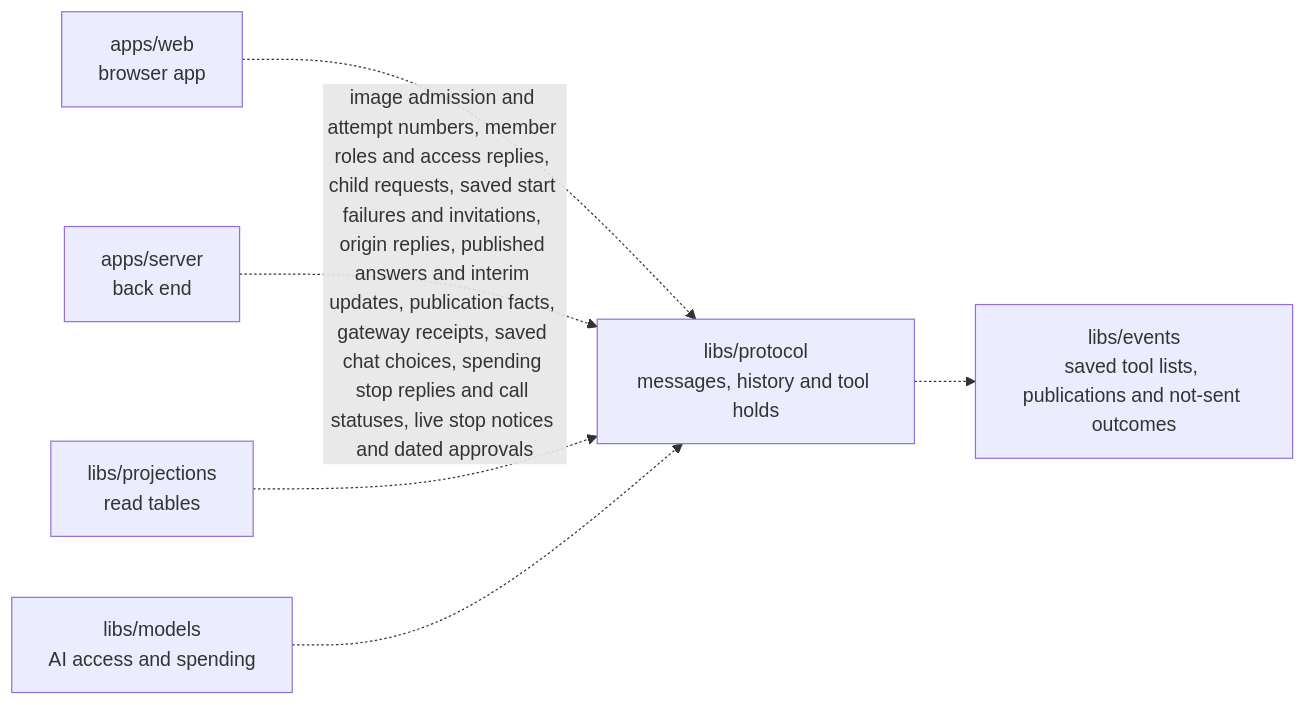
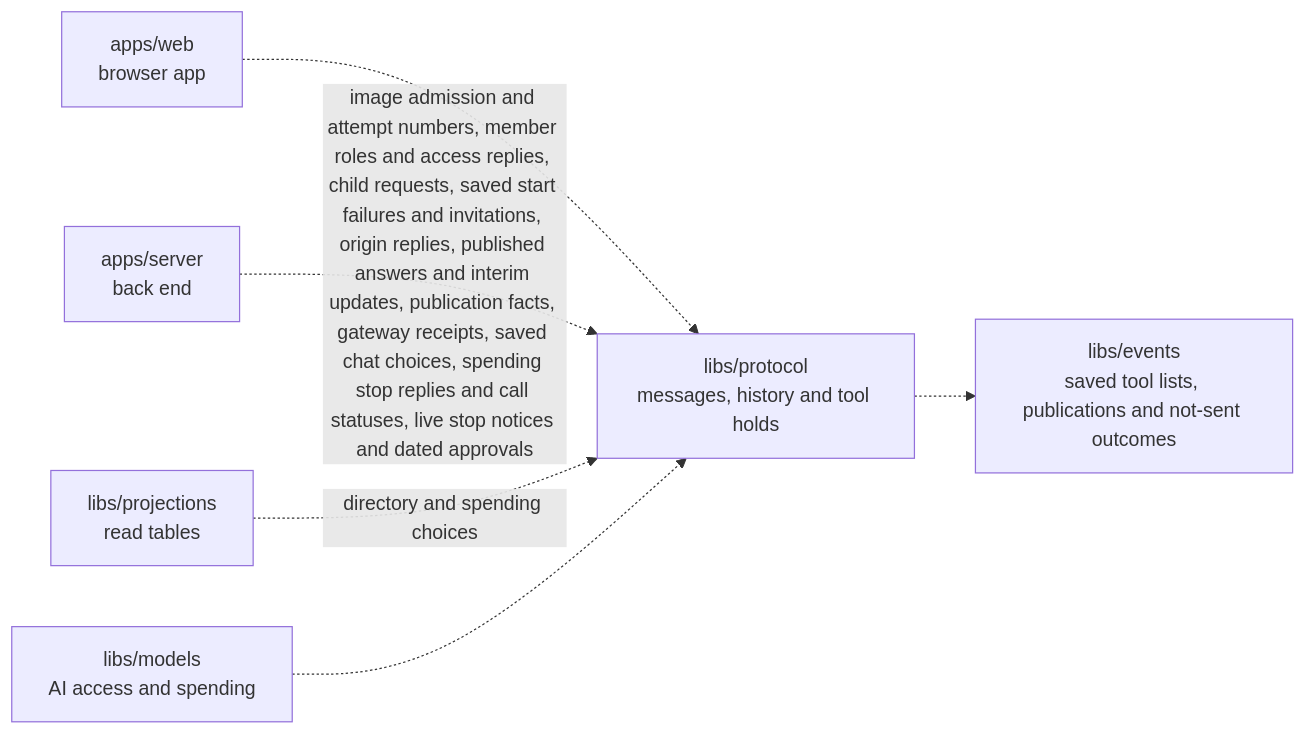
The diagram in libs/protocol/README.md (elewa-git/opencrane-new), drawn with Mermaid before and after one commit. The commit also changed other lines of this file and 9 other files, not shown here.

Commit message:
✨ Read bounded named spending choices after checking current access

````diff
--- a/libs/protocol/README.md
+++ b/libs/protocol/README.md
@@ -11,8 +11,8 @@
 ```mermaid
 flowchart LR
   web["apps/web<br/>browser app"] -.-> protocol["libs/protocol<br/>messages, history and tool holds"]
   server["apps/server<br/>back end"] -.->|image admission and attempt numbers, member roles and access replies, child requests, saved start failures and invitations, origin replies, published answers and interim updates, publication facts, gateway receipts, saved chat choices, spending stop replies and call statuses, live stop notices and dated approvals| protocol
-  projections["libs/projections<br/>read tables"] -.-> protocol
+  projections["libs/projections<br/>read tables"] -.->|directory and spending choices| protocol
   models["libs/models<br/>AI access and spending"] -.-> protocol
   protocol -.-> events["libs/events<br/>saved tool lists, publications and not-sent outcomes"]
 ```
````
